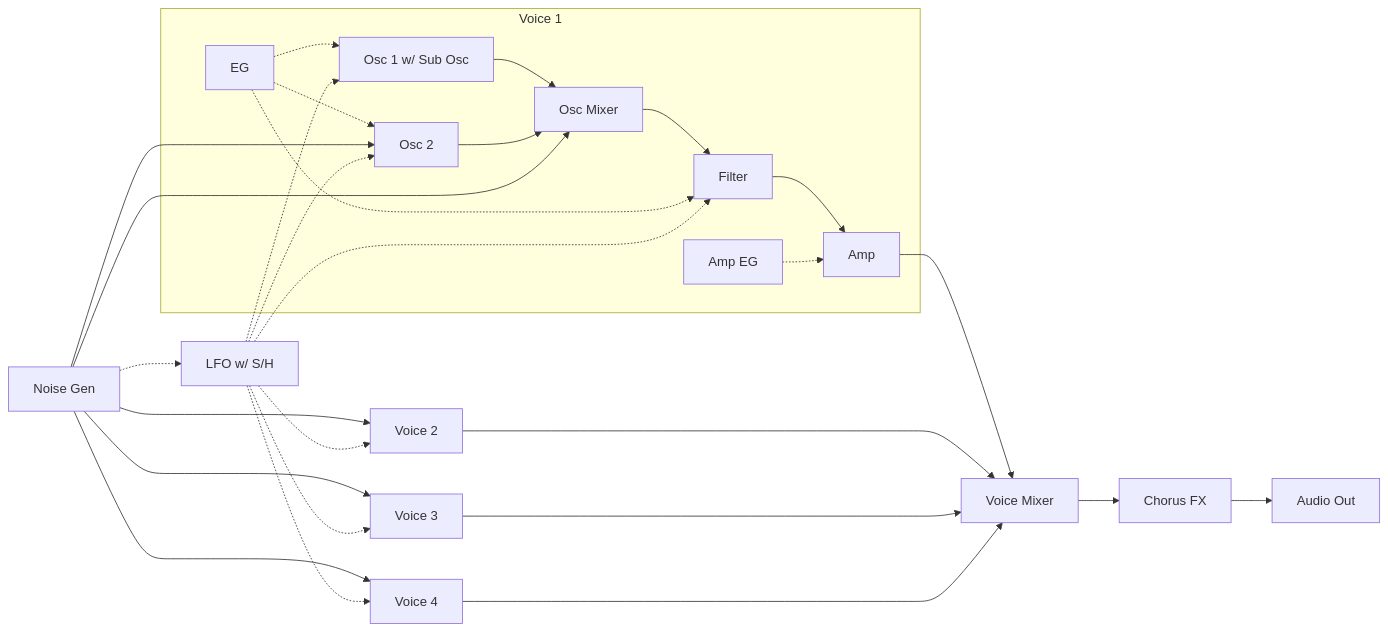
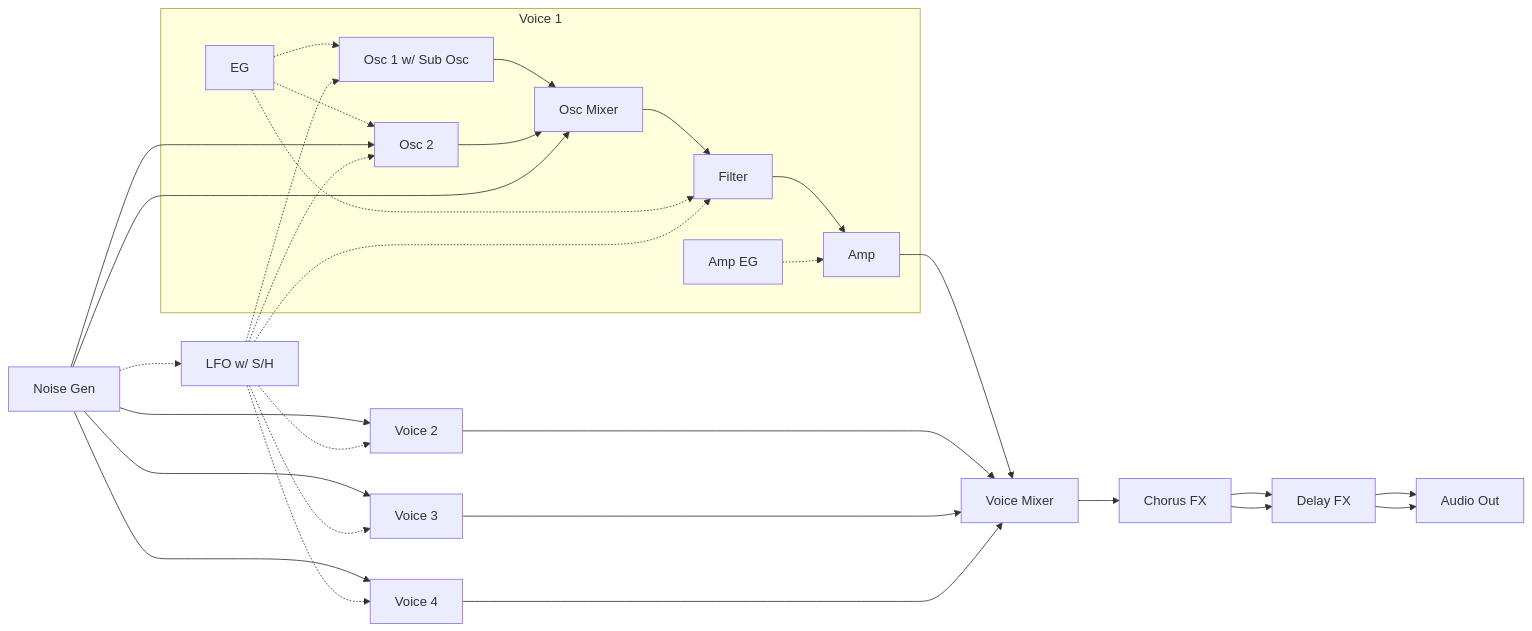
Before and after one commit to risgk/digital-synth-pra32-u: the first of 3 diagrams in README.md, drawn with Mermaid. The commit also changed other lines of this file and 3 other files, not shown here.

````diff
--- a/README.md
+++ b/README.md
@@ -136,17 +136,19 @@
 ```mermaid
 graph LR
     subgraph V1[Voice 1]
         V1O1[Osc 1 w/ Sub Osc] --> V1OM[Osc Mixer]
         V1O2[Osc 2] --> V1OM
         V1OM --> V1F[Filter]
         V1F --> V1A[Amp]
         E[EG] -.-> V1O1 & V1O2 & V1F
         V1AE[Amp EG] -.-> V1A
     end
     V1A --> VM[Voice Mixer]
     V2[Voice 2] & V3[Voice 3] & V4[Voice 4] --> VM
-    VM --> C[Chorus FX] --> AO[Audio Out]
+    VM --> C[Chorus FX] --> D[Delay FX] --> AO[Audio Out]
+    C --> D
+    D --> AO
     N[Noise Gen]  --> V1O2 & V1OM & V2 & V3 & V4
     N -.-> L[LFO w/ S/H]
     L -.-> V1O1 & V1O2 & V1F & V2 & V3 & V4
 ```
````
